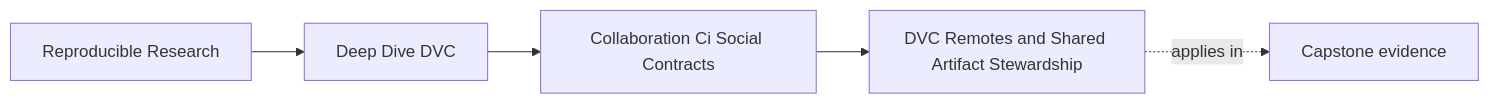
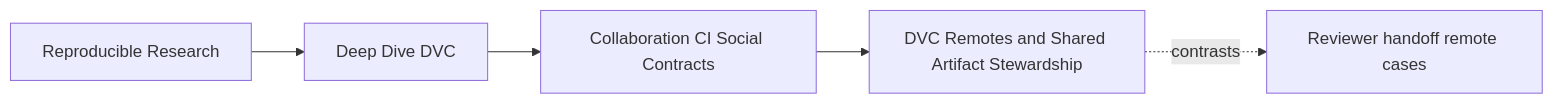
One commit to bijux/bijux-masterclass changed the first of 4 diagrams in programs/reproducible-research/deep-dive-dvc/course-book/module-07-collaboration-ci-social-contracts/dvc-remotes-and-shared-artifact-stewardship.md. Above: the diagram before and after it, drawn with Mermaid. The commit also changed other lines of this file, not shown here.

````diff
--- a/programs/reproducible-research/deep-dive-dvc/course-book/module-07-collaboration-ci-social-contracts/dvc-remotes-and-shared-artifact-stewardship.md
+++ b/programs/reproducible-research/deep-dive-dvc/course-book/module-07-collaboration-ci-social-contracts/dvc-remotes-and-shared-artifact-stewardship.md
@@ -7,11 +6,11 @@
 ```mermaid
 graph LR
   family["Reproducible Research"]
   program["Deep Dive DVC"]
-  section["Collaboration Ci Social Contracts"]
+  section["Collaboration CI Social Contracts"]
   page["DVC Remotes and Shared Artifact Stewardship"]
-  capstone["Capstone evidence"]
+  capstone["Reviewer handoff remote cases"]
 
   family --> program --> section --> page
-  page -.applies in.-> capstone
+  page -.contrasts.-> capstone
 ```
````
